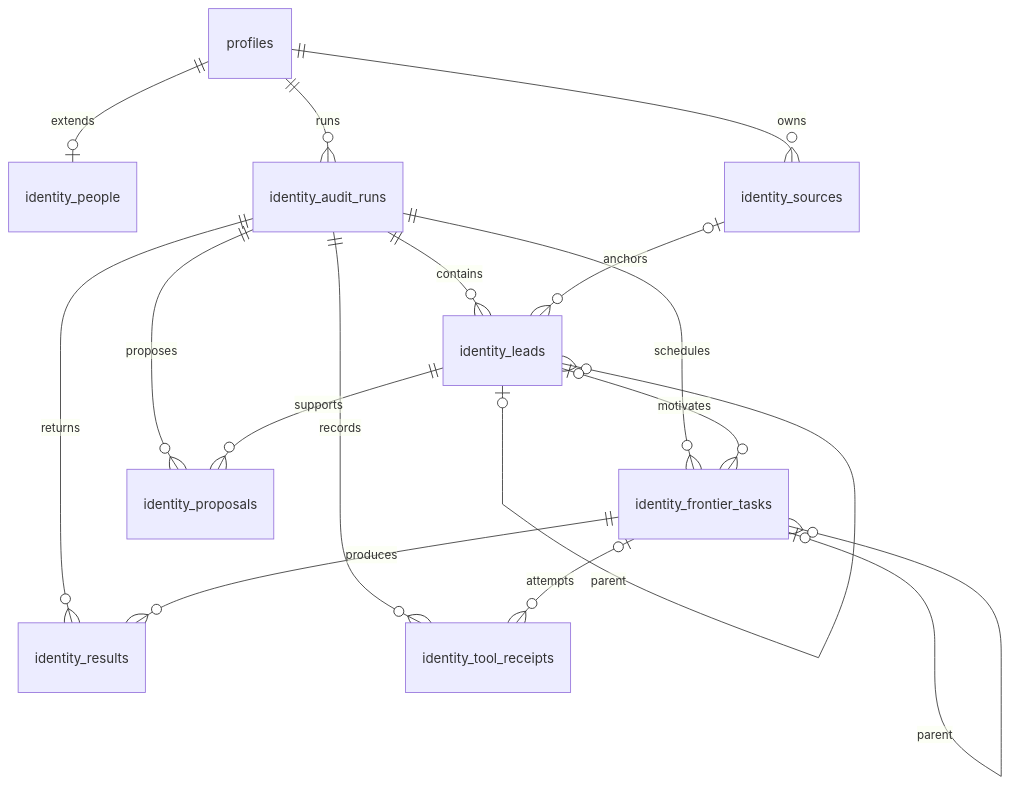
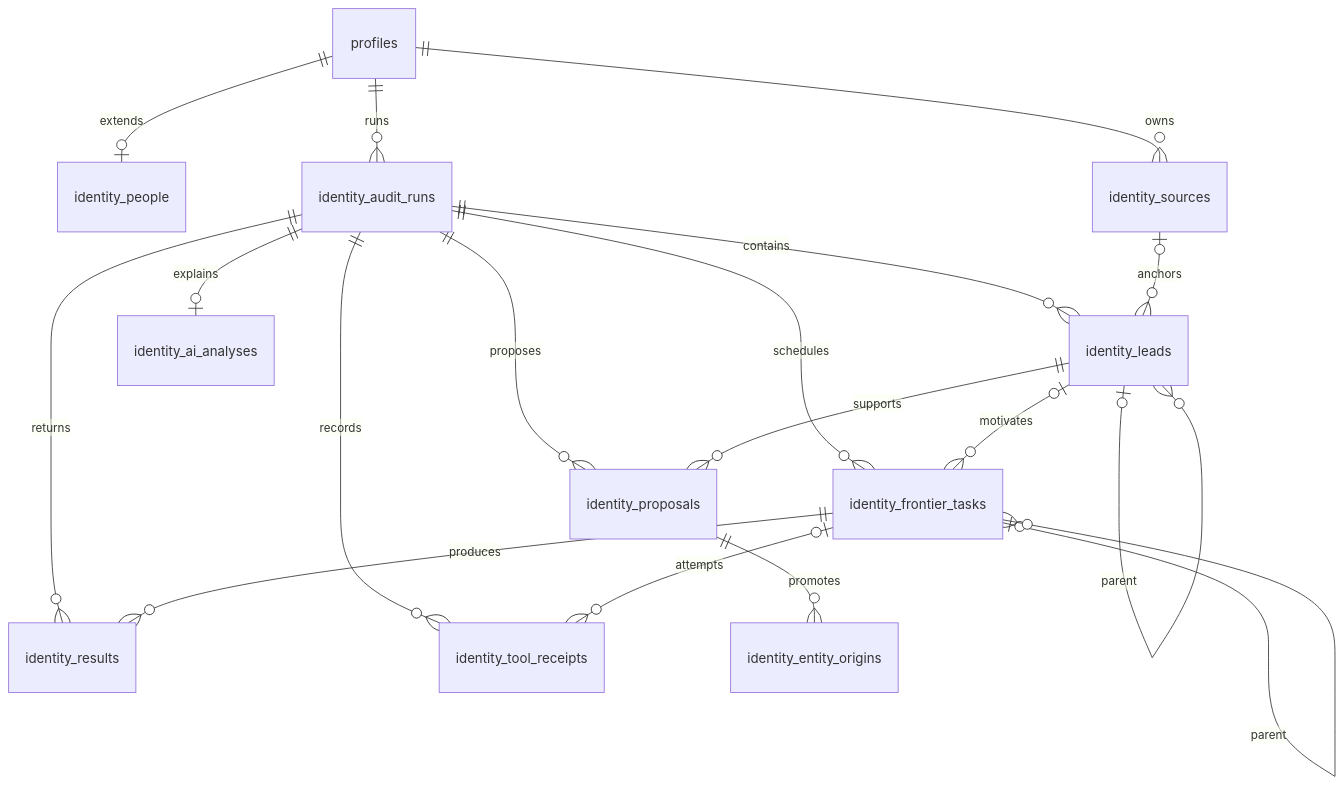
Before and after one commit to Iberium-Ltd/Solutions: the first of 2 diagrams in Codename Ariadne/docs/architecture/identity-discovery-engine.md, drawn with Mermaid. The commit also changed other lines of this file and 41 other files, not shown here.

````diff
--- a/Codename Ariadne/docs/architecture/identity-discovery-engine.md
+++ b/Codename Ariadne/docs/architecture/identity-discovery-engine.md
@@ -57,18 +59,20 @@
 ```mermaid
 erDiagram
     profiles ||--o| identity_people : extends
     profiles ||--o{ identity_sources : owns
     profiles ||--o{ identity_audit_runs : runs
     identity_audit_runs ||--o{ identity_leads : contains
     identity_audit_runs ||--o{ identity_frontier_tasks : schedules
     identity_audit_runs ||--o{ identity_results : returns
     identity_audit_runs ||--o{ identity_proposals : proposes
     identity_audit_runs ||--o{ identity_tool_receipts : records
     identity_leads o|--o{ identity_leads : parent
     identity_frontier_tasks o|--o{ identity_frontier_tasks : parent
     identity_leads o|--o{ identity_frontier_tasks : motivates
     identity_frontier_tasks ||--o{ identity_results : produces
     identity_leads ||--o{ identity_proposals : supports
     identity_frontier_tasks o|--o{ identity_tool_receipts : attempts
     identity_sources o|--o{ identity_leads : anchors
+    identity_audit_runs ||--o| identity_ai_analyses : explains
+    identity_proposals ||--o{ identity_entity_origins : promotes
 ```
````
